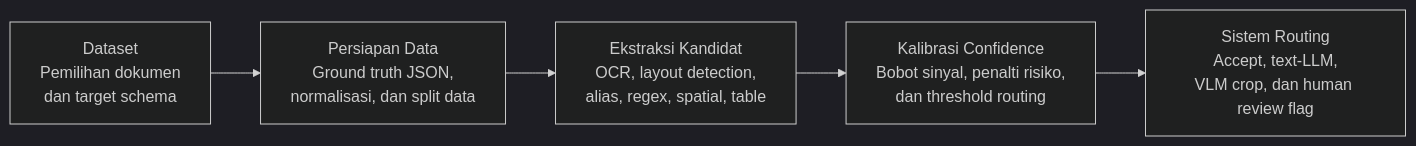
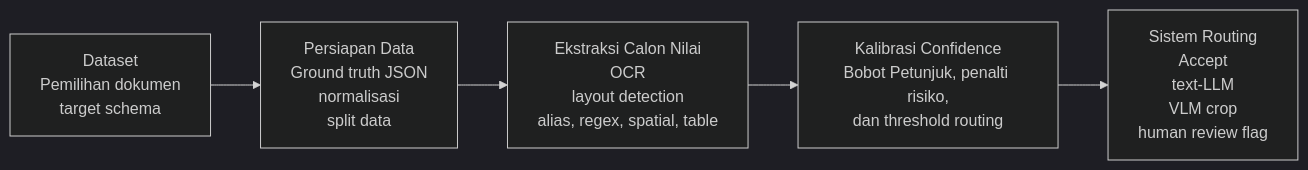
The second of 2 diagrams in metodologi_field_aware_confidence_routing.md (kennceha-dev/thesis-s2), drawn with Mermaid (dark theme) before and after one commit. The commit also changed other lines of this file and 2 other files, not shown here.

````diff
--- a/metodologi_field_aware_confidence_routing.md
+++ b/metodologi_field_aware_confidence_routing.md
@@ -26,7 +26,7 @@
 ```mermaid
 flowchart LR
-    A["Dataset<br/>Pemilihan dokumen<br/>dan target schema"] --> B["Persiapan Data<br/>Ground truth JSON,<br/>normalisasi, dan split data"]
-    B --> C["Ekstraksi Kandidat<br/>OCR, layout detection,<br/>alias, regex, spatial, table"]
-    C --> D["Kalibrasi Confidence<br/>Bobot sinyal, penalti risiko,<br/>dan threshold routing"]
-    D --> E["Sistem Routing<br/>Accept, text-LLM,<br/>VLM crop, dan human review flag"]
+    A["Dataset<br/>Pemilihan dokumen<br/>target schema"] --> B["Persiapan Data<br/>Ground truth JSON<br/>normalisasi<br/>split data"]
+    B --> C["Ekstraksi Calon Nilai<br/>OCR<br/>layout detection<br/>alias, regex, spatial, table"]
+    C --> D["Kalibrasi Confidence<br/>Bobot Petunjuk, penalti risiko,<br/>dan threshold routing"]
+    D --> E["Sistem Routing<br/>Accept<br/>text-LLM<br/>VLM crop<br/>human review flag"]
 ```
````
